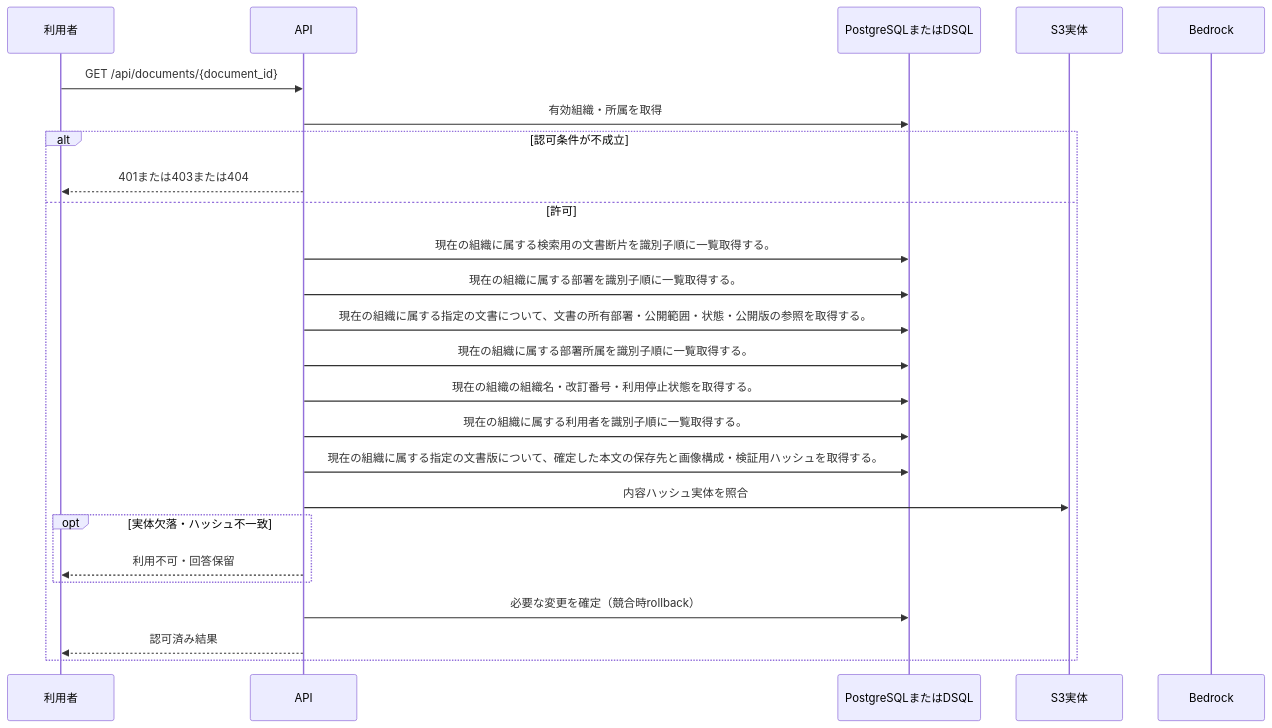
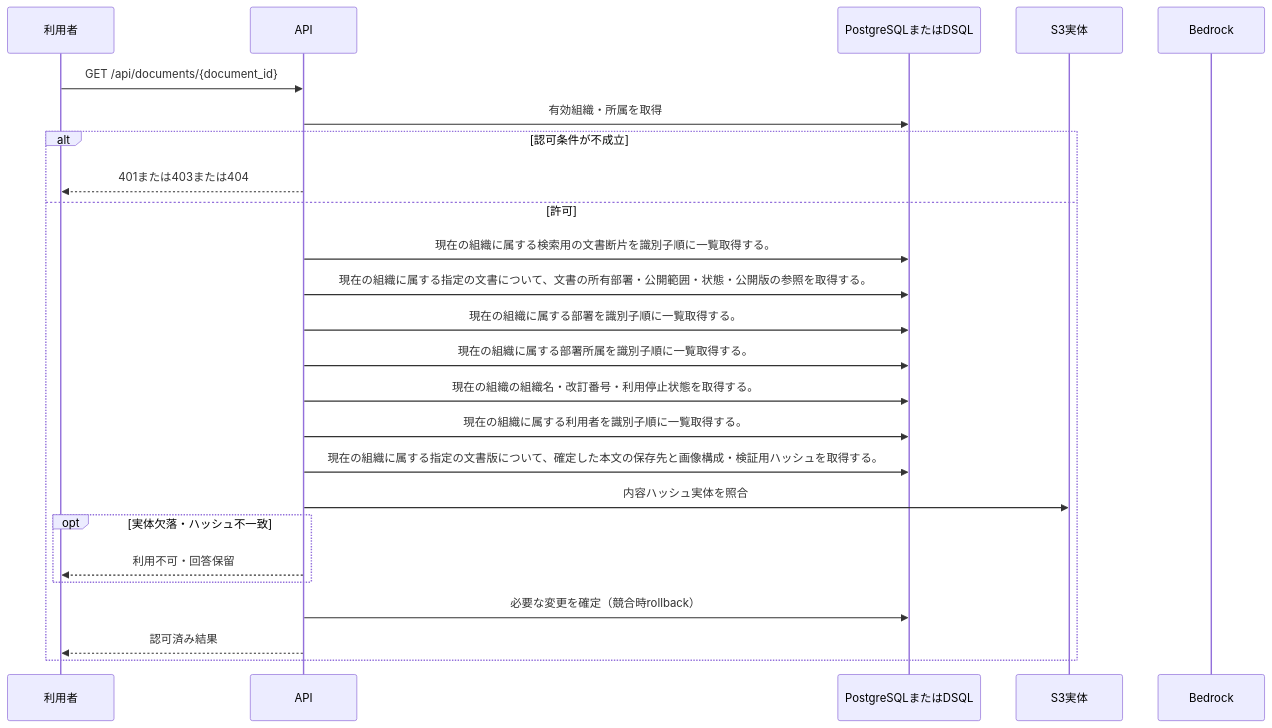
Before and after one commit to tsuji-tomonori/KotoRelay: the diagram in docs/design/generated/api/documents/read_document/sequence.md, drawn with Mermaid. The commit also changed other lines of this file and 628 other files, not shown here.

````diff
--- a/docs/design/generated/api/documents/read_document/sequence.md
+++ b/docs/design/generated/api/documents/read_document/sequence.md
@@ -7,27 +7,27 @@
 ```mermaid
 sequenceDiagram
     participant U as 利用者
     participant A as API
     participant D as PostgreSQLまたはDSQL
     participant S as S3実体
     participant M as Bedrock
     U->>A: GET /api/documents/{document_id}
     A->>D: 有効組織・所属を取得
     alt 認可条件が不成立
         A-->>U: 401または403または404
     else 許可
         A->>D: 現在の組織に属する検索用の文書断片を識別子順に一覧取得する。
+        A->>D: 現在の組織に属する指定の文書について、文書の所有部署・公開範囲・状態・公開版の参照を取得する。
         A->>D: 現在の組織に属する部署を識別子順に一覧取得する。
-        A->>D: 現在の組織に属する指定の文書について、文書の所有部署・公開範囲・状態・公開版の参照を取得する。
         A->>D: 現在の組織に属する部署所属を識別子順に一覧取得する。
         A->>D: 現在の組織の組織名・改訂番号・利用停止状態を取得する。
         A->>D: 現在の組織に属する利用者を識別子順に一覧取得する。
         A->>D: 現在の組織に属する指定の文書版について、確定した本文の保存先と画像構成・検証用ハッシュを取得する。
         A->>S: 内容ハッシュ実体を照合
         opt 実体欠落・ハッシュ不一致
             A-->>U: 利用不可・回答保留
         end
         A->>D: 必要な変更を確定（競合時rollback）
         A-->>U: 認可済み結果
     end
 ```
````
